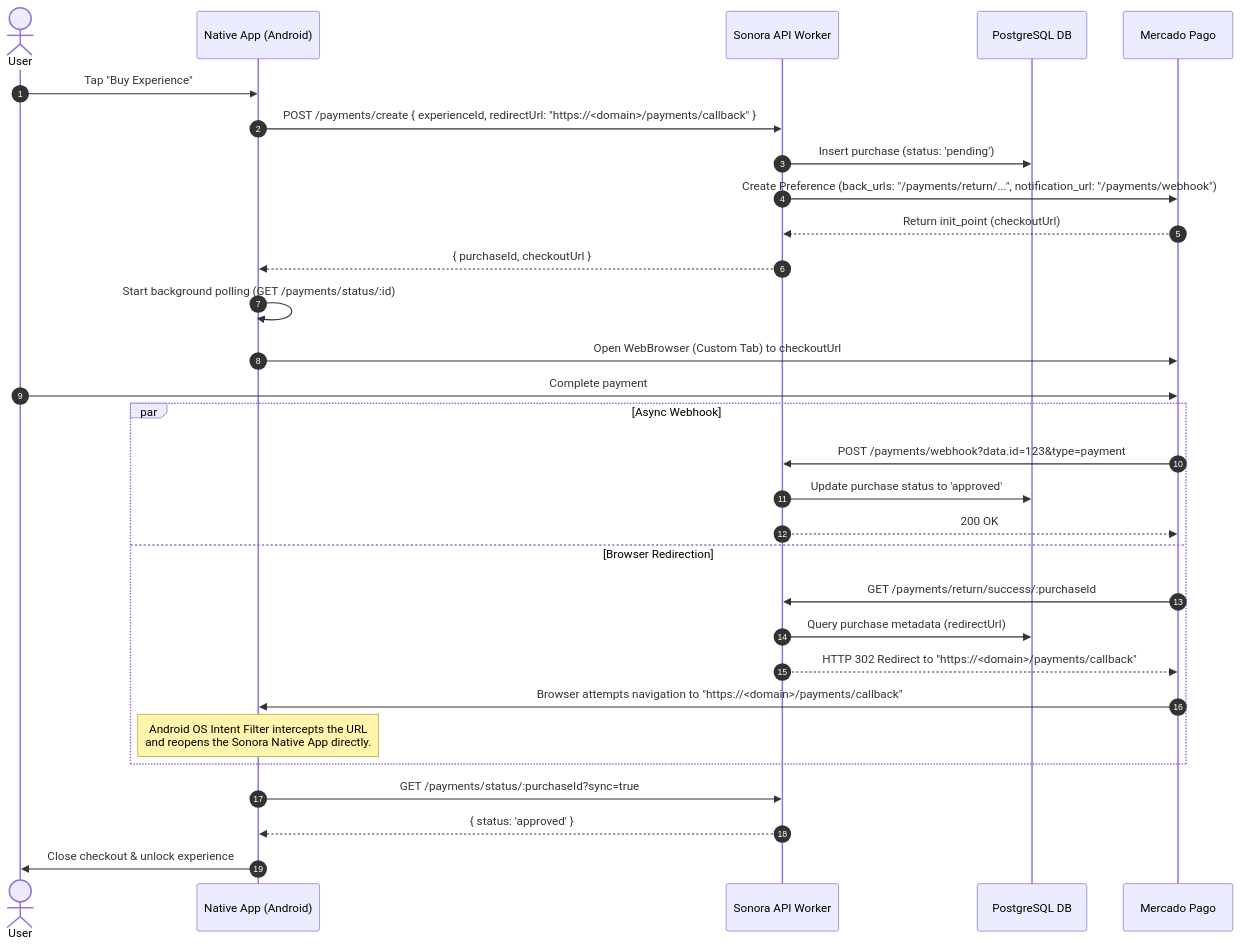
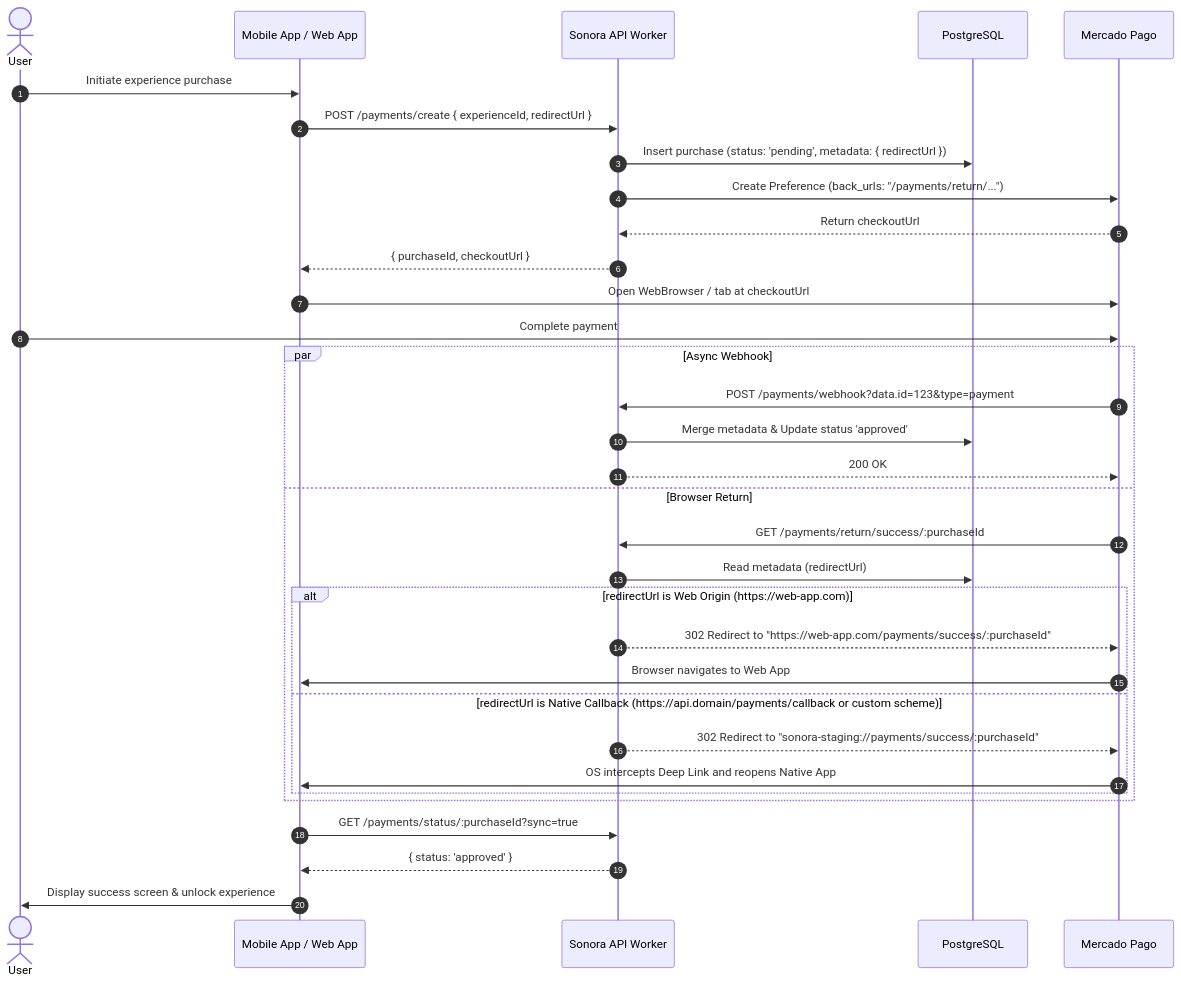
Before and after one commit to masch/sonora: the second of 2 diagrams in docs/payment_flow_architecture.md, drawn with Mermaid. The commit also changed other lines of this file, not shown here.

Commit message:
docs(payments): update payment flow architecture documentation with SSOT schemes and web return fixes

````diff
--- a/docs/payment_flow_architecture.md
+++ b/docs/payment_flow_architecture.md
@@ -74,37 +151,39 @@
 ```mermaid
 sequenceDiagram
     autonumber
     actor User
-    participant App as Native App (Android)
+    participant App as Mobile App / Web App
     participant API as Sonora API Worker
-    participant DB as PostgreSQL DB
+    participant DB as PostgreSQL
     participant MP as Mercado Pago
 
-    User->>App: Tap "Buy Experience"
-    App->>API: POST /payments/create { experienceId, redirectUrl: "https://<domain>/payments/callback" }
-    API->>DB: Insert purchase (status: 'pending')
-    API->>MP: Create Preference (back_urls: "/payments/return/...", notification_url: "/payments/webhook")
-    MP-->>API: Return init_point (checkoutUrl)
+    User->>App: Initiate experience purchase
+    App->>API: POST /payments/create { experienceId, redirectUrl }
+    API->>DB: Insert purchase (status: 'pending', metadata: { redirectUrl })
+    API->>MP: Create Preference (back_urls: "/payments/return/...")
+    MP-->>API: Return checkoutUrl
     API-->>App: { purchaseId, checkoutUrl }
-
-    App->>App: Start background polling (GET /payments/status/:id)
-    App->>MP: Open WebBrowser (Custom Tab) to checkoutUrl
+    App->>MP: Open WebBrowser / tab at checkoutUrl
 
     User->>MP: Complete payment
 
     par Async Webhook
         MP->>API: POST /payments/webhook?data.id=123&type=payment
-        API->>DB: Update purchase status to 'approved'
+        API->>DB: Merge metadata & Update status 'approved'
         API-->>MP: 200 OK
-    and Browser Redirection
+    and Browser Return
         MP->>API: GET /payments/return/success/:purchaseId
-        API->>DB: Query purchase metadata (redirectUrl)
-        API-->>MP: HTTP 302 Redirect to "https://<domain>/payments/callback"
-        MP->>App: Browser attempts navigation to "https://<domain>/payments/callback"
-        Note over App: Android OS Intent Filter intercepts the URL<br/>and reopens the Sonora Native App directly.
+        API->>DB: Read metadata (redirectUrl)
+        alt redirectUrl is Web Origin (https://web-app.com)
+            API-->>MP: 302 Redirect to "https://web-app.com/payments/success/:purchaseId"
+            MP->>App: Browser navigates to Web App
+        else redirectUrl is Native Callback (https://api.domain/payments/callback or custom scheme)
+            API-->>MP: 302 Redirect to "sonora-staging://payments/success/:purchaseId"
+            MP->>App: OS intercepts Deep Link and reopens Native App
+        end
     end
 
     App->>API: GET /payments/status/:purchaseId?sync=true
     API-->>App: { status: 'approved' }
-    App->>User: Close checkout & unlock experience
+    App->>User: Display success screen & unlock experience
 ```
````
